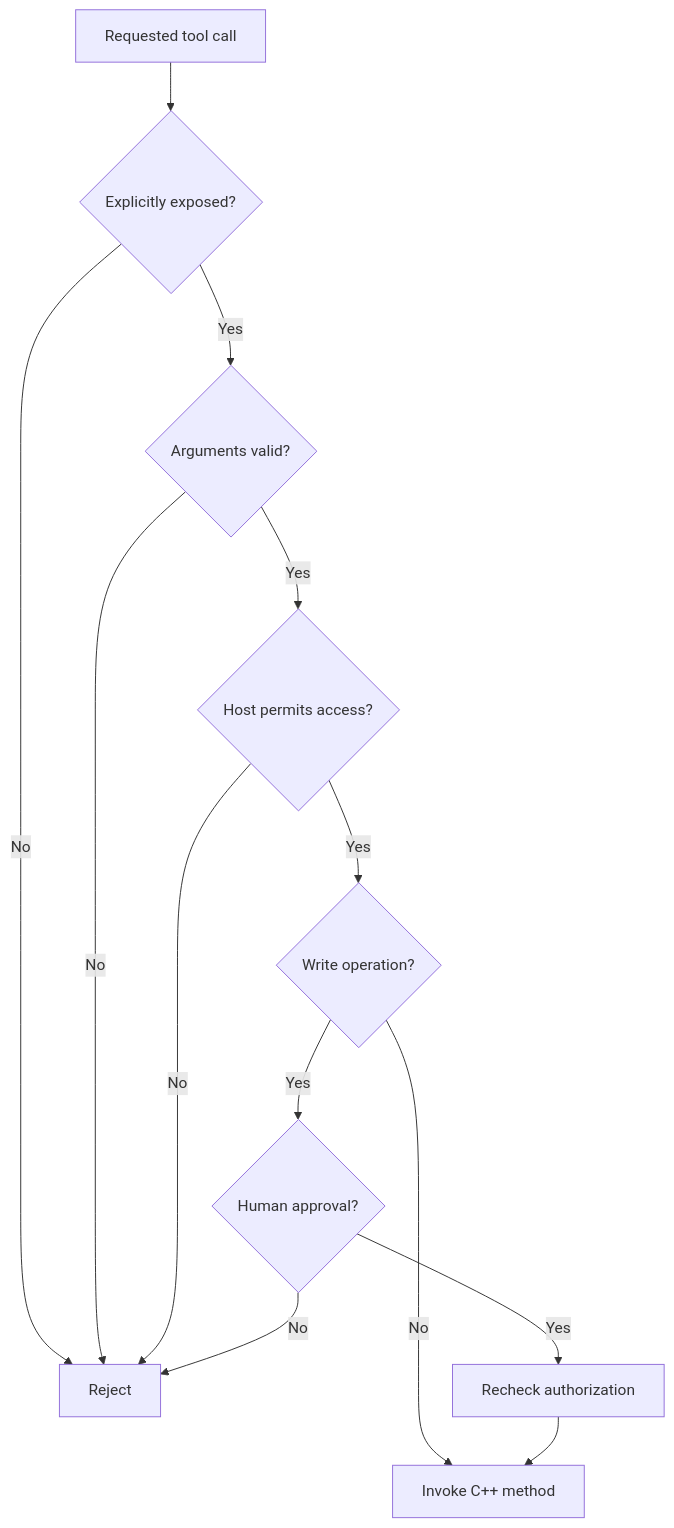
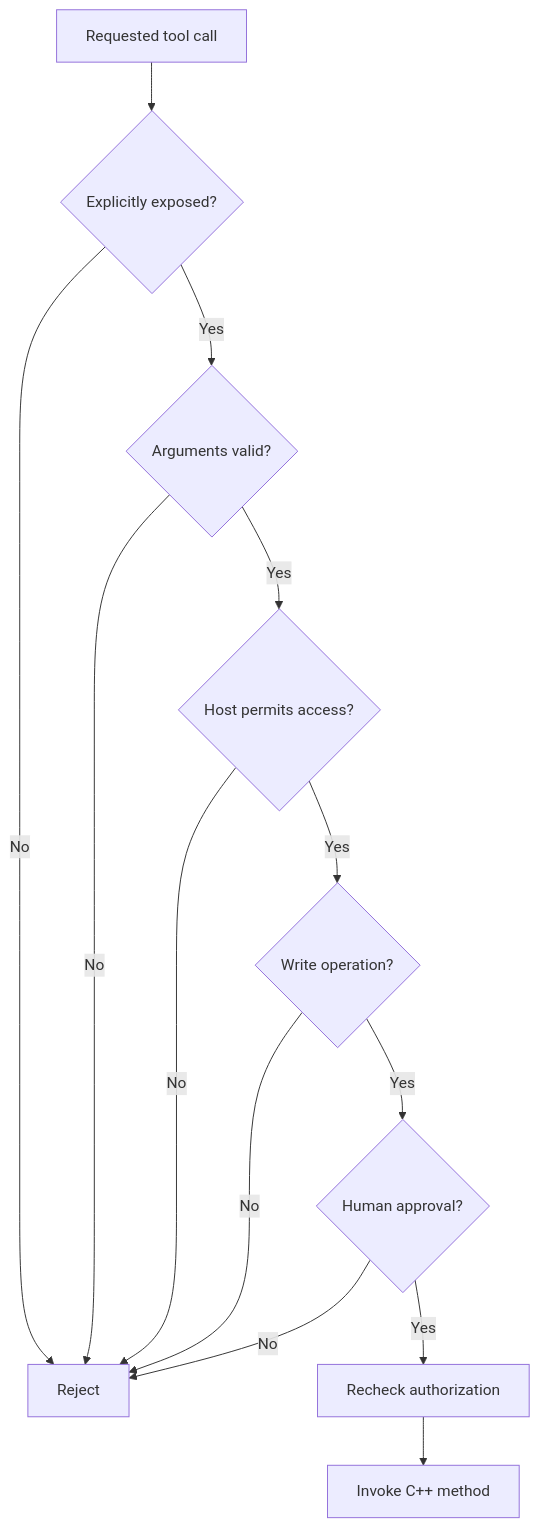
One commit to MichaelMiller-/CxxRelay changed the diagram in docs/reference/tool-security.md. Above: the diagram before and after it, drawn with Mermaid. The commit also changed 12 other files, not shown here.

````diff
--- a/docs/reference/tool-security.md
+++ b/docs/reference/tool-security.md
@@ -11,15 +11,15 @@
 ```mermaid
 flowchart TD
     CALL[Requested tool call] --> KNOWN{Explicitly exposed?}
     KNOWN -->|No| REJECT[Reject]
     KNOWN -->|Yes| VALID{Arguments valid?}
     VALID -->|No| REJECT
     VALID -->|Yes| PERM{Host permits access?}
     PERM -->|No| REJECT
     PERM -->|Yes| WRITE{Write operation?}
-    WRITE -->|No| EXEC[Invoke C++ method]
+    WRITE -->|No| REJECT
     WRITE -->|Yes| APPROVE{Human approval?}
     APPROVE -->|No| REJECT
     APPROVE -->|Yes| RECHECK[Recheck authorization]
-    RECHECK --> EXEC
+    RECHECK --> EXEC[Invoke C++ method]
 ```
````
